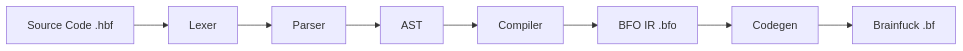
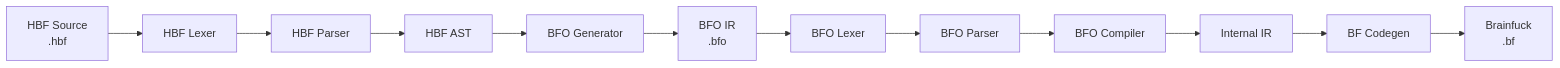
One commit to Kunta-tech/hbf changed the first of 2 diagrams in docs/architecture.md. Above: the diagram before and after it, drawn with Mermaid. The commit also changed other lines of this file and 12 other files, not shown here.

Commit message:
feat: Implement BFO code generation with a virtual variable model, constant folding, loop unrolling, and function inlining.

````diff
--- a/docs/architecture.md
+++ b/docs/architecture.md
@@ -7,10 +7,14 @@
 ```mermaid
 graph LR
-    HBF[Source Code .hbf] --> Lexer
-    Lexer --> Parser
-    Parser --> AST[AST]
-    AST --> Compiler
-    Compiler --> BFO[BFO IR .bfo]
-    BFO --> Codegen
-    Codegen --> BF[Brainfuck .bf]
+    HBF[HBF Source<br/>.hbf] --> Lexer[HBF Lexer]
+    Lexer --> Parser[HBF Parser]
+    Parser --> AST[HBF AST]
+    AST --> BFOGen[BFO Generator]
+    BFOGen --> BFO[BFO IR<br/>.bfo]
+    BFO --> BFOLexer[BFO Lexer]
+    BFOLexer --> BFOParser[BFO Parser]
+    BFOParser --> BFOComp[BFO Compiler]
+    BFOComp --> IR[Internal IR]
+    IR --> Codegen[BF Codegen]
+    Codegen --> BF[Brainfuck<br/>.bf]
 ```
````
